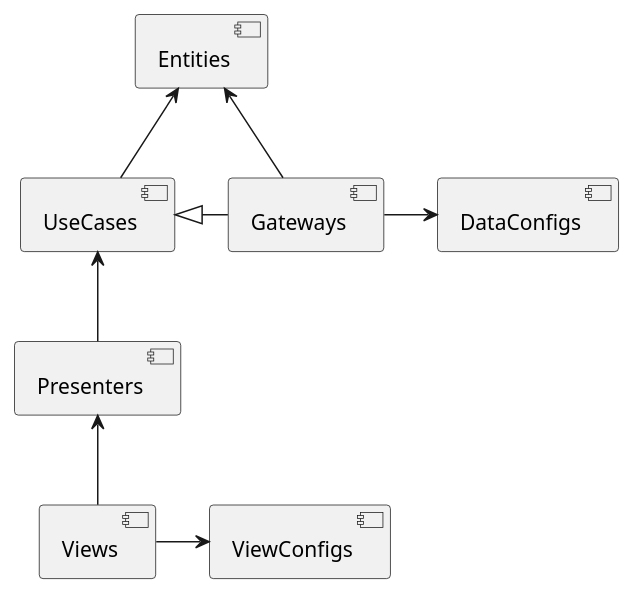
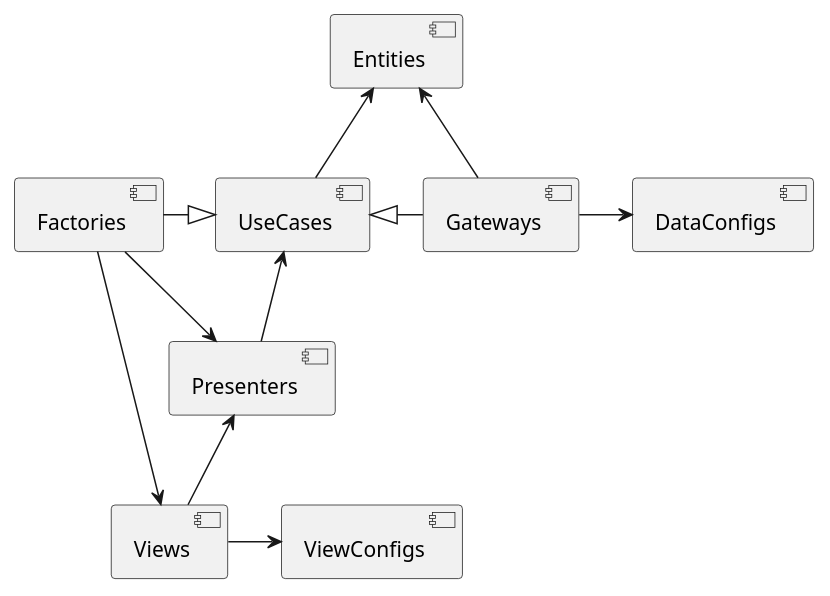
The diagram in Docs/Architecture.md (Mandrugin/meta-ui), drawn with PlantUML before and after one commit.

Commit message:
UML updated

````diff
--- a/Docs/Architecture.md
+++ b/Docs/Architecture.md
@@ -3,11 +3,14 @@
 ```plantuml
 @startuml
 [Entities]<--[Gateways]
 [Entities]<--[UseCases]
+[Factories]-|>[UseCases]
+[Factories]-->[Presenters]
+[Factories]-->[Views]
 [UseCases]<|-[Gateways]
 [Gateways]->[DataConfigs]
 [UseCases]<--[Presenters]
 [Presenters]<--[Views]
 [Views]->[ViewConfigs]
 @enduml
 ```
````
